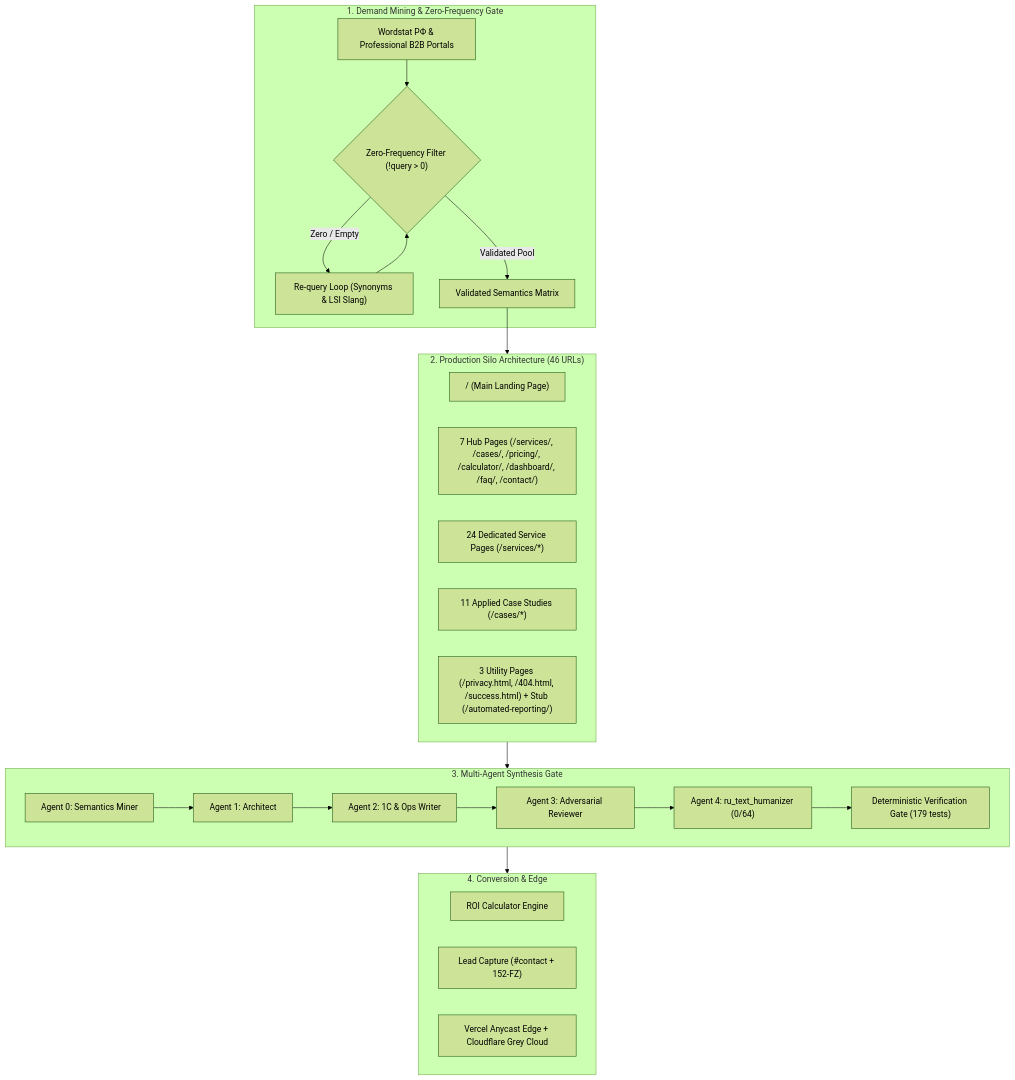
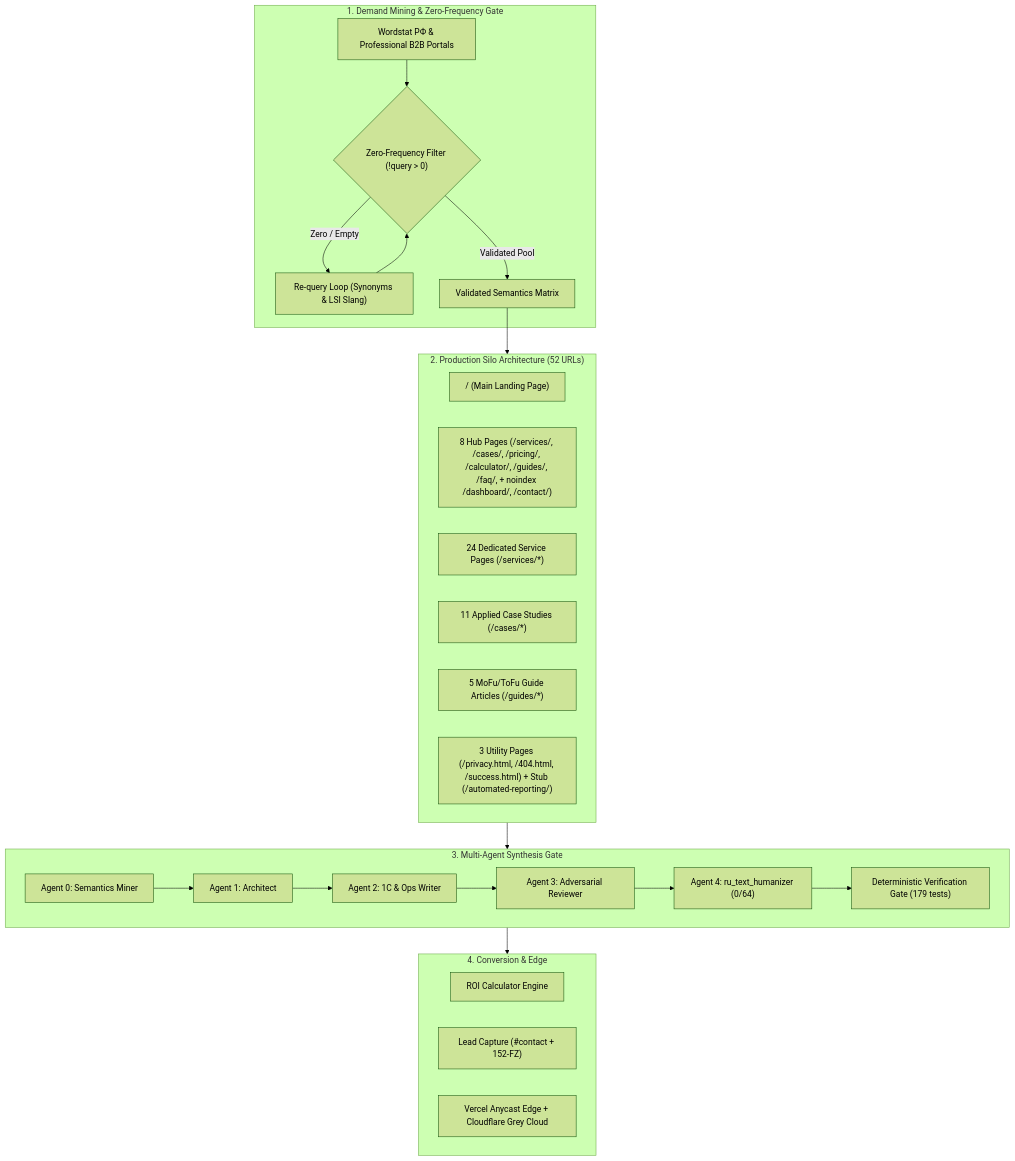
The first of 2 diagrams in Spec_content_ai_avtopilot.md (Vlad-Voro/ai-avtopilot), drawn with Mermaid (forest theme) before and after one commit. The commit also changed other lines of this file and 3 other files, not shown here.

````diff
--- a/Spec_content_ai_avtopilot.md
+++ b/Spec_content_ai_avtopilot.md
@@ -12,33 +12,34 @@
 ```mermaid
 flowchart TD
     subgraph Sourcing ["1. Demand Mining & Zero-Frequency Gate"]
         W["Wordstat РФ & Professional B2B Portals"] --> Val{"Zero-Frequency Filter (!query > 0)"}
         Val -- "Zero / Empty" --> ReQ["Re-query Loop (Synonyms & LSI Slang)"]
         ReQ --> Val
         Val -- "Validated Pool" --> Brief["Validated Semantics Matrix"]
     end
 
-    subgraph Architecture ["2. Production Silo Architecture (46 URLs)"]
+    subgraph Architecture ["2. Production Silo Architecture (52 URLs)"]
         Root["/ (Main Landing Page)"]
-        Hubs["7 Hub Pages (/services/, /cases/, /pricing/, /calculator/, /dashboard/, /faq/, /contact/)"]
+        Hubs["8 Hub Pages (/services/, /cases/, /pricing/, /calculator/, /guides/, /faq/, + noindex /dashboard/, /contact/)"]
         T1["24 Dedicated Service Pages (/services/*)"]
         T3["11 Applied Case Studies (/cases/*)"]
+        G1["5 MoFu/ToFu Guide Articles (/guides/*)"]
         Util["3 Utility Pages (/privacy.html, /404.html, /success.html) + Stub (/automated-reporting/)"]
     end
 
     subgraph Pipeline ["3. Multi-Agent Synthesis Gate"]
         Miner["Agent 0: Semantics Miner"] --> Arch["Agent 1: Architect"]
         Arch --> Writer["Agent 2: 1C & Ops Writer"]
         Writer --> Critic["Agent 3: Adversarial Reviewer"]
         Critic --> Humanizer["Agent 4: ru_text_humanizer (0/64)"]
         Humanizer --> Gate["Deterministic Verification Gate (179 tests)"]
     end
 
     subgraph Conversion ["4. Conversion & Edge"]
         Calc["ROI Calculator Engine"]
         Form["Lead Capture (#contact + 152-FZ)"]
         Edge["Vercel Anycast Edge + Cloudflare Grey Cloud"]
     end
 
     Brief --> Architecture --> Pipeline --> Conversion
 ```
````
